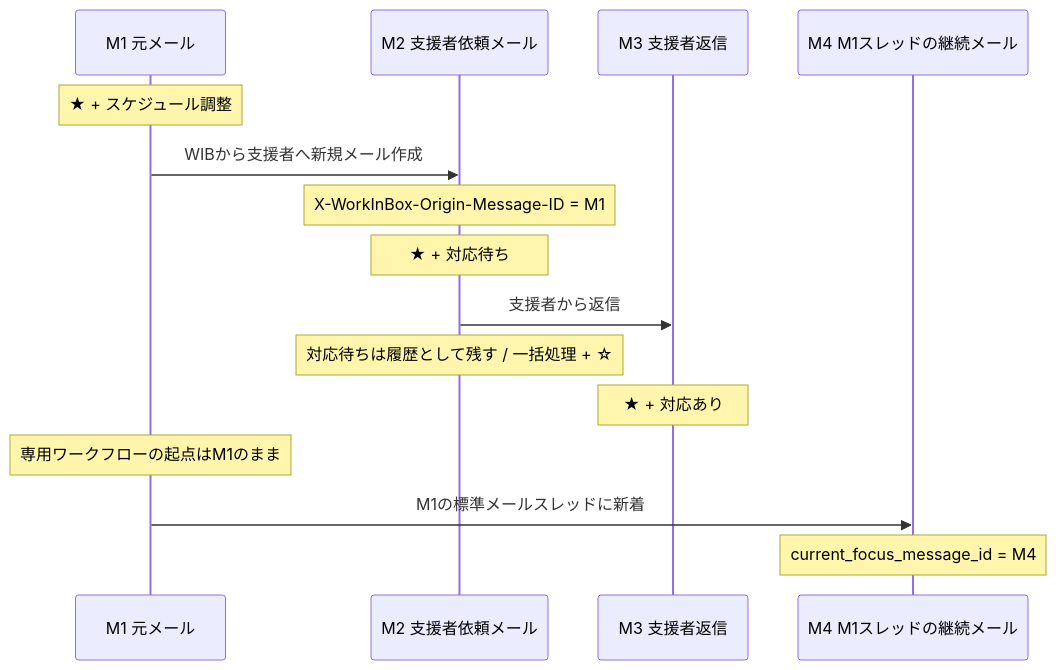
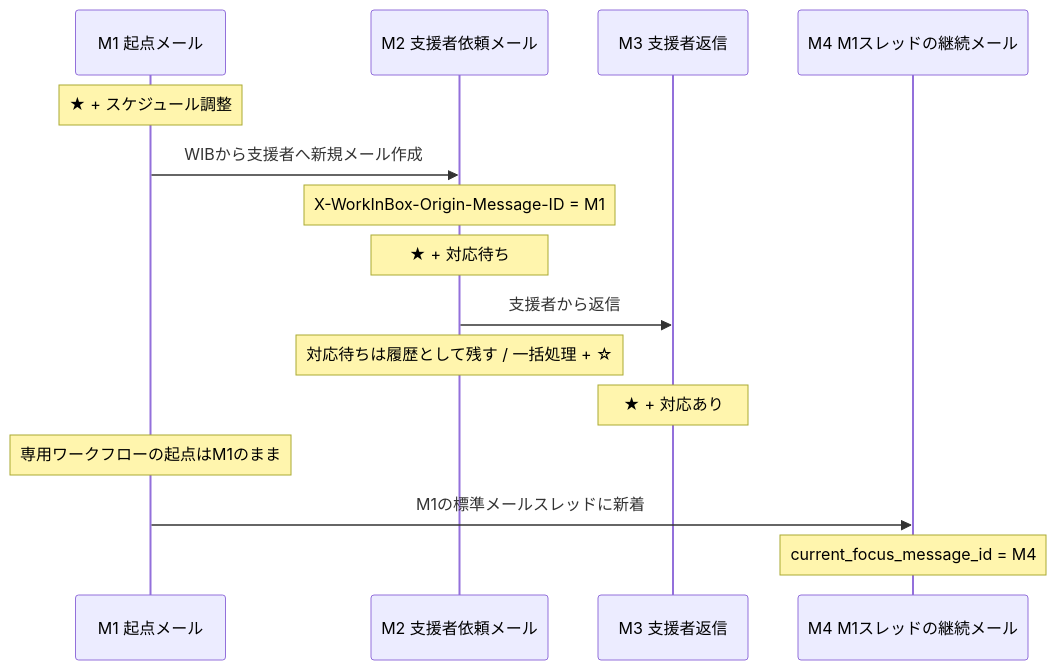
One commit to a3suger/WorkInBox changed the diagram in docs/design_workflow.md. Above: the diagram before and after it, drawn with Mermaid. The commit also changed other lines of this file, not shown here.

````diff
--- a/docs/design_workflow.md
+++ b/docs/design_workflow.md
@@ -635,18 +649,18 @@
 ```mermaid
 sequenceDiagram
-    participant M1 as M1 元メール
+    participant M1 as M1 起点メール
     participant M2 as M2 支援者依頼メール
     participant M3 as M3 支援者返信
     participant M4 as M4 M1スレッドの継続メール
 
     Note over M1: ★ + スケジュール調整
     M1->>M2: WIBから支援者へ新規メール作成
     Note over M2: X-WorkInBox-Origin-Message-ID = M1
     Note over M2: ★ + 対応待ち
     M2->>M3: 支援者から返信
     Note over M2: 対応待ちは履歴として残す / 一括処理 + ☆
     Note over M3: ★ + 対応あり
     Note over M1: 専用ワークフローの起点はM1のまま
     M1->>M4: M1の標準メールスレッドに新着
     Note over M4: current_focus_message_id = M4
 ```
````
